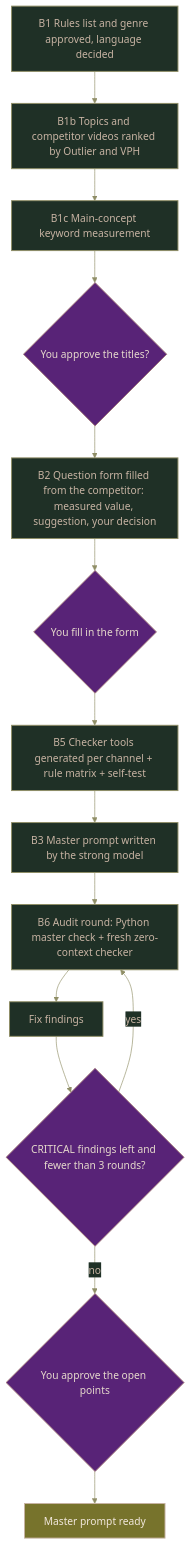
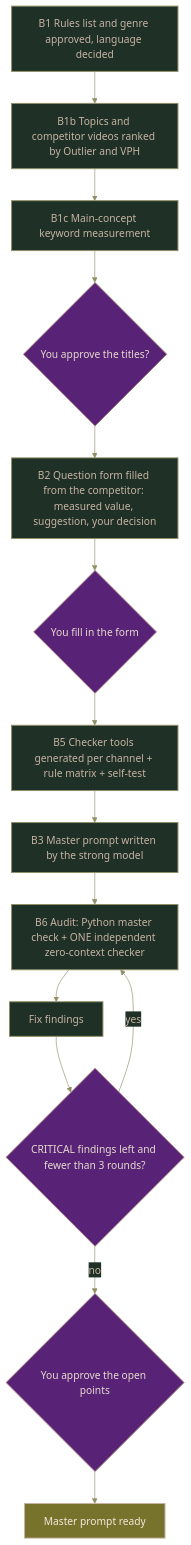
One commit to jenny-gecglr/youtube-automation-competitor-analysis changed the fourth of 5 diagrams in README.md. Above: the diagram before and after it, drawn with Mermaid. The commit also changed other lines of this file and 1 other file, not shown here.

Commit message:
v2.0.1: add a check budget for the deep mode and align the master audit loop

````diff
--- a/README.md
+++ b/README.md
@@ -159,23 +163,23 @@
 ```mermaid
 %%{init: {"theme":"base","themeVariables":{"fontFamily":"Georgia, serif","primaryColor":"#1F3026","primaryTextColor":"#C7B3A3","primaryBorderColor":"#8F8E66","lineColor":"#8F8E66","tertiaryTextColor":"#C7B3A3","edgeLabelBackground":"#1F3026"}}}%%
 flowchart TD
     B1["B1 Rules list and genre approved, language decided"] --> B1B["B1b Topics and competitor videos ranked by Outlier and VPH"]
     B1B --> B1C["B1c Main-concept keyword measurement"]
     B1C --> G4{"You approve the titles?"}
     G4 --> B2["B2 Question form filled from the competitor: measured value, suggestion, your decision"]
     B2 --> G5{"You fill in the form"}
     G5 --> B5["B5 Checker tools generated per channel + rule matrix + self-test"]
     B5 --> B3["B3 Master prompt written by the strong model"]
-    B3 --> R["B6 Audit round: Python master check + fresh zero-context checker"]
+    B3 --> R["B6 Audit: Python master check + ONE independent zero-context checker"]
     R --> FIX["Fix findings"]
     FIX --> R2{"CRITICAL findings left and fewer than 3 rounds?"}
     R2 -- "yes" --> R
     R2 -- "no" --> G6{"You approve the open points"}
     G6 --> M["Master prompt ready"]
     classDef cBase fill:#1F3026,stroke:#8F8E66,color:#C7B3A3,stroke-width:1.5px
     classDef cGate fill:#582377,stroke:#A3787B,color:#E6D9CC,stroke-width:1.5px
     classDef cOut fill:#77732C,stroke:#C7B3A3,color:#F2E8DD,stroke-width:1.5px
     class B1,B1B,B1C,B2,B5,B3,R,FIX cBase
     class G4,G5,R2,G6 cGate
     class M cOut
 ```
````
